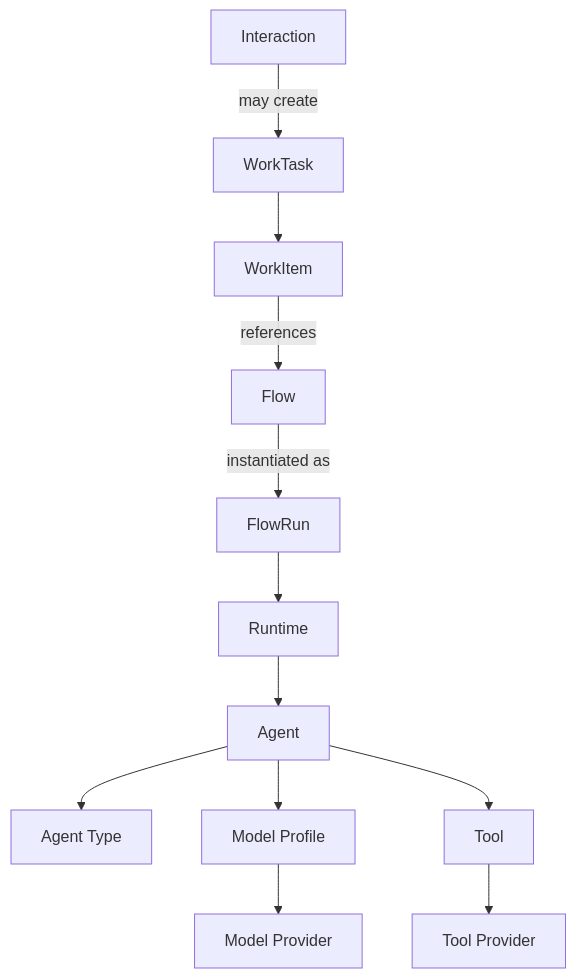
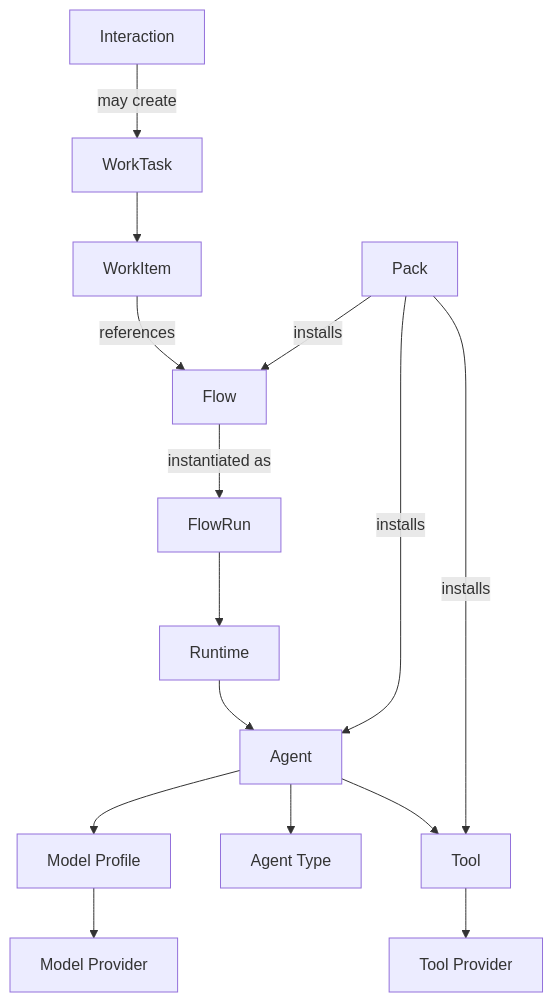
The diagram in docs/concepts/overview.md (gbaudrit/agentstration), drawn with Mermaid before and after one commit. The commit also changed other lines of this file and 42 other files, not shown here.

````diff
--- a/docs/concepts/overview.md
+++ b/docs/concepts/overview.md
@@ -15,14 +16,17 @@
 ```mermaid
 flowchart TD
+    Pack -->|installs| Flow
+    Pack -->|installs| Agent
+    Pack -->|installs| Tool
     Interaction -->|may create| WorkTask
     WorkTask --> WorkItem
     WorkItem -->|references| Flow
     Flow -->|instantiated as| FlowRun
     FlowRun --> Runtime
     Runtime --> Agent
     Agent --> AgentType[Agent Type]
     Agent --> ModelProfile[Model Profile]
     Agent --> Tool
     Tool --> ToolProvider[Tool Provider]
     ModelProfile --> ModelProvider[Model Provider]
 ```
````
